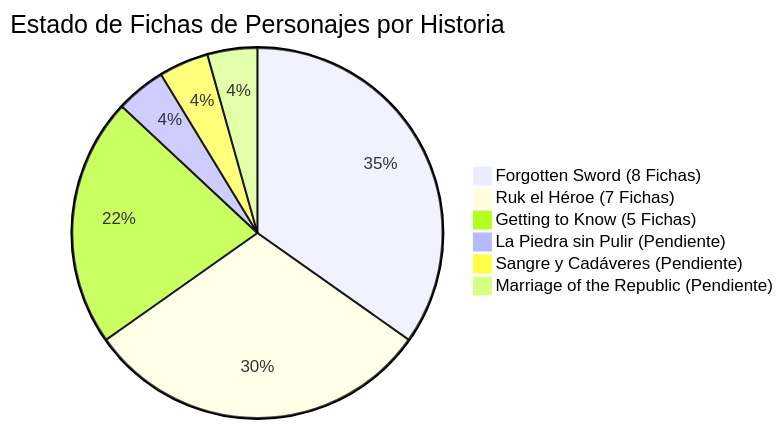
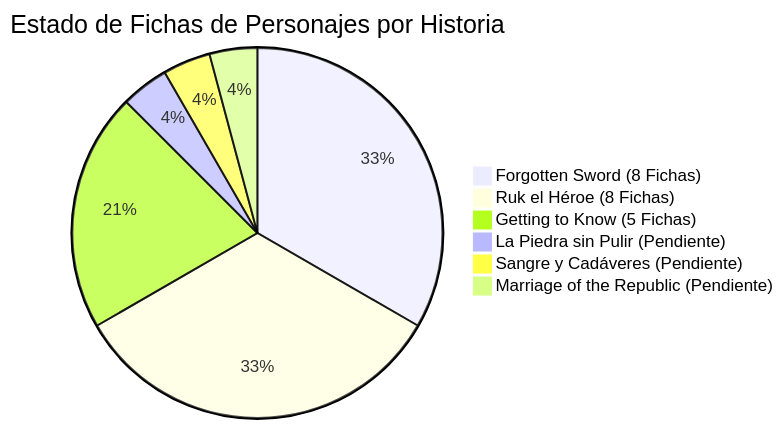
One commit to FerB22/universo-lignum changed the diagram in estado_fichas_personajes.md. Above: the diagram before and after it, drawn with Mermaid. The commit also changed other lines of this file and 4 other files, not shown here.

Commit message:
Add Kova and Korlan character sheets in Ruk el Héroe and update Galería de Héroes and audit report

````diff
--- a/estado_fichas_personajes.md
+++ b/estado_fichas_personajes.md
@@ -42,9 +42,9 @@
 ```mermaid
 pie title Estado de Fichas de Personajes por Historia
     "Forgotten Sword (8 Fichas)" : 8
-    "Ruk el Héroe (7 Fichas)" : 7
+    "Ruk el Héroe (8 Fichas)" : 8
     "Getting to Know (5 Fichas)" : 5
     "La Piedra sin Pulir (Pendiente)" : 1
     "Sangre y Cadáveres (Pendiente)" : 1
     "Marriage of the Republic (Pendiente)" : 1
 ```
````
